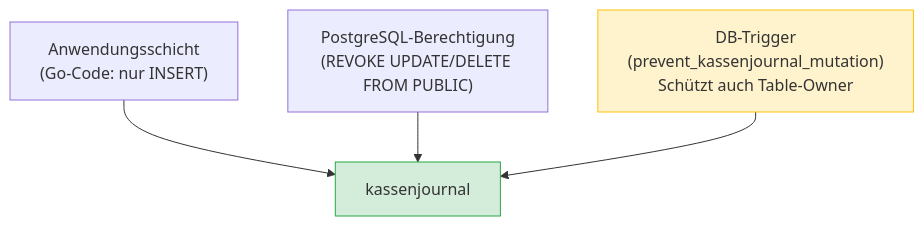
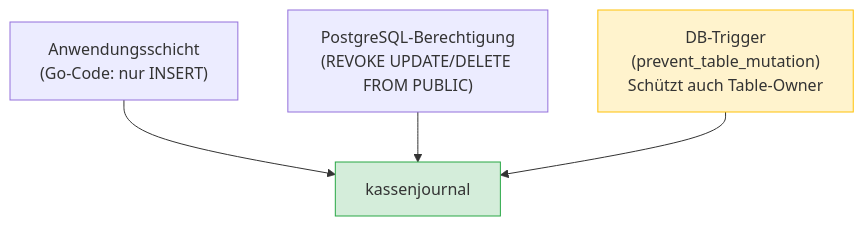
One commit to nicograef/jotti changed diagram 11 of 11 in docs/datenbankschema.md. Above: the diagram before and after it, drawn with Mermaid. The commit also changed other lines of this file and 16 other files, not shown here.

````diff
--- a/docs/datenbankschema.md
+++ b/docs/datenbankschema.md
@@ -591,8 +591,8 @@
 ```mermaid
 graph TD
     A["Anwendungsschicht\n(Go-Code: nur INSERT)"] --> KJ[kassenjournal]
     B["PostgreSQL-Berechtigung\n(REVOKE UPDATE/DELETE FROM PUBLIC)"] --> KJ
-    C["DB-Trigger\n(prevent_kassenjournal_mutation)\nSchützt auch Table-Owner"] --> KJ
+    C["DB-Trigger\n(prevent_table_mutation)\nSchützt auch Table-Owner"] --> KJ
     style KJ fill:#d4edda,stroke:#28a745
     style C fill:#fff3cd,stroke:#ffc107
 ```
````
